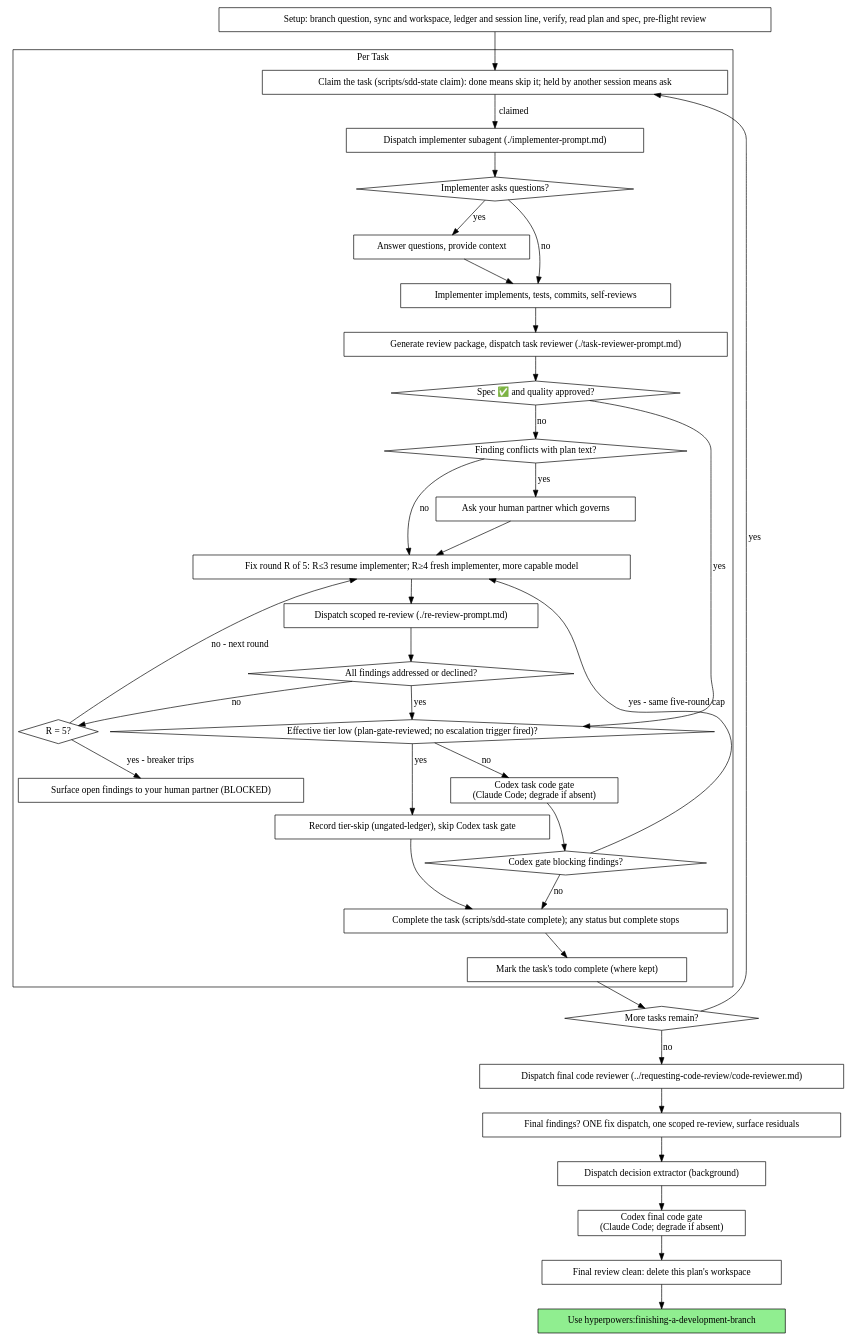
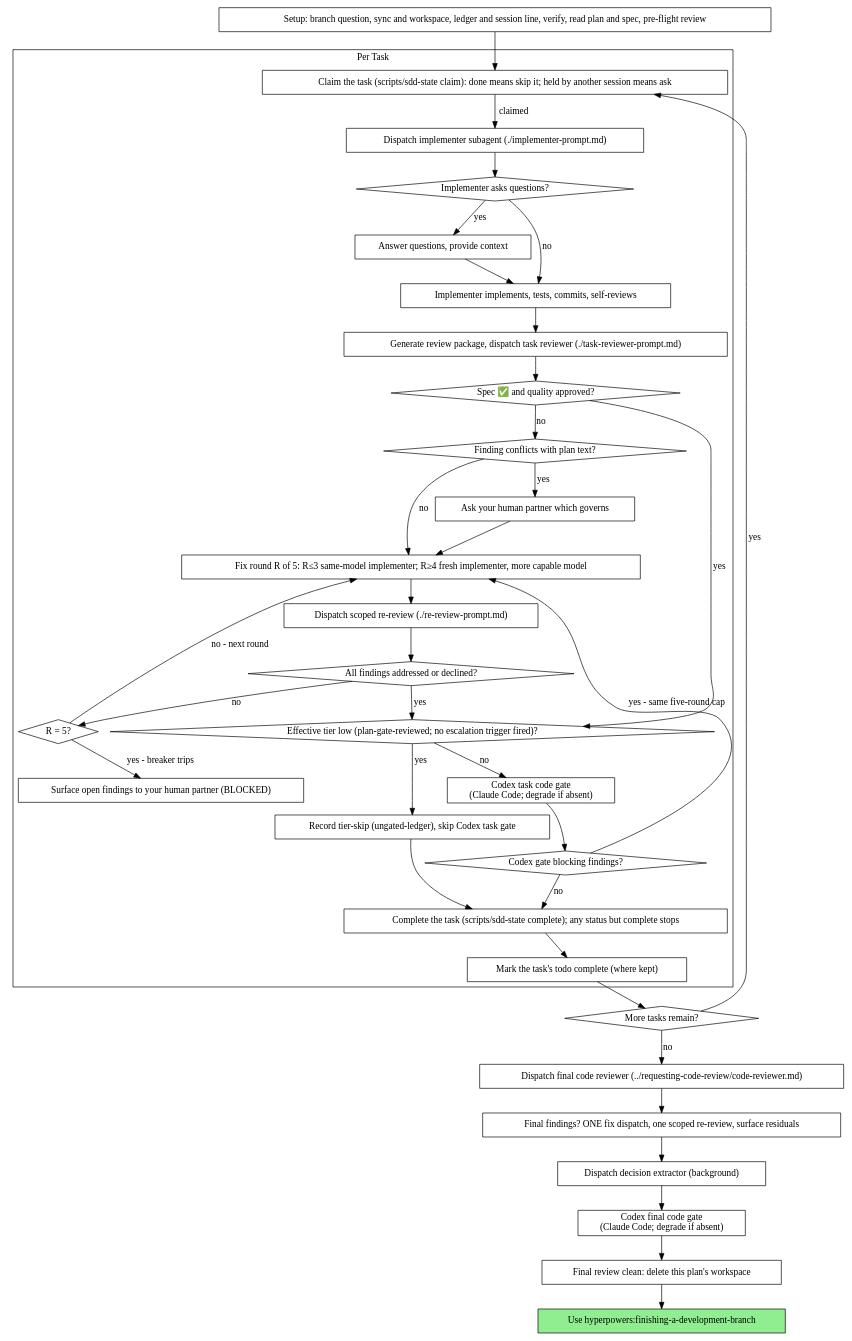
The second of 2 diagrams in skills/subagent-driven-development/SKILL.md (scott-arne/hyperpowers), drawn with Graphviz before and after one commit. The commit also changed other lines of this file and 5 other files, not shown here.

````diff
--- a/skills/subagent-driven-development/SKILL.md
+++ b/skills/subagent-driven-development/SKILL.md
@@ -51,73 +51,73 @@
 ```dot
 digraph process {
     rankdir=TB;
 
     subgraph cluster_per_task {
         label="Per Task";
         "Claim the task (scripts/sdd-state claim): done means skip it; held by another session means ask" [shape=box];
         "Dispatch implementer subagent (./implementer-prompt.md)" [shape=box];
         "Implementer asks questions?" [shape=diamond];
         "Answer questions, provide context" [shape=box];
         "Implementer implements, tests, commits, self-reviews" [shape=box];
         "Generate review package, dispatch task reviewer (./task-reviewer-prompt.md)" [shape=box];
         "Spec ✅ and quality approved?" [shape=diamond];
         "Finding conflicts with plan text?" [shape=diamond];
         "Ask your human partner which governs" [shape=box];
-        "Fix round R of 5: R≤3 resume implementer; R≥4 fresh implementer, more capable model" [shape=box];
+        "Fix round R of 5: R≤3 same-model implementer; R≥4 fresh implementer, more capable model" [shape=box];
         "Dispatch scoped re-review (./re-review-prompt.md)" [shape=box];
         "All findings addressed or declined?" [shape=diamond];
         "R = 5?" [shape=diamond];
         "Surface open findings to your human partner (BLOCKED)" [shape=box];
         "Effective tier low (plan-gate-reviewed; no escalation trigger fired)?" [shape=diamond];
         "Record tier-skip (ungated-ledger), skip Codex task gate" [shape=box];
         "Codex task code gate\n(Claude Code; degrade if absent)" [shape=box];
         "Codex gate blocking findings?" [shape=diamond];
         "Complete the task (scripts/sdd-state complete); any status but complete stops" [shape=box];
         "Mark the task's todo complete (where kept)" [shape=box];
     }
 
     "Setup: branch question, sync and workspace, ledger and session line, verify, read plan and spec, pre-flight review" [shape=box];
     "More tasks remain?" [shape=diamond];
     "Dispatch final code reviewer (../requesting-code-review/code-reviewer.md)" [shape=box];
     "Final findings? ONE fix dispatch, one scoped re-review, surface residuals" [shape=box];
     "Dispatch decision extractor (background)" [shape=box];
     "Codex final code gate\n(Claude Code; degrade if absent)" [shape=box];
     "Final review clean: delete this plan's workspace" [shape=box];
     "Use hyperpowers:finishing-a-development-branch" [shape=box style=filled fillcolor=lightgreen];
 
     "Setup: branch question, sync and workspace, ledger and session line, verify, read plan and spec, pre-flight review" -> "Claim the task (scripts/sdd-state claim): done means skip it; held by another session means ask";
     "Claim the task (scripts/sdd-state claim): done means skip it; held by another session means ask" -> "Dispatch implementer subagent (./implementer-prompt.md)" [label="claimed"];
     "Dispatch implementer subagent (./implementer-prompt.md)" -> "Implementer asks questions?";
     "Implementer asks questions?" -> "Answer questions, provide context" [label="yes"];
     "Answer questions, provide context" -> "Implementer implements, tests, commits, self-reviews";
     "Implementer asks questions?" -> "Implementer implements, tests, commits, self-reviews" [label="no"];
     "Implementer implements, tests, commits, self-reviews" -> "Generate review package, dispatch task reviewer (./task-reviewer-prompt.md)";
     "Generate review package, dispatch task reviewer (./task-reviewer-prompt.md)" -> "Spec ✅ and quality approved?";
     "Spec ✅ and quality approved?" -> "Effective tier low (plan-gate-reviewed; no escalation trigger fired)?" [label="yes"];
     "Spec ✅ and quality approved?" -> "Finding conflicts with plan text?" [label="no"];
     "Finding conflicts with plan text?" -> "Ask your human partner which governs" [label="yes"];
-    "Ask your human partner which governs" -> "Fix round R of 5: R≤3 resume implementer; R≥4 fresh implementer, more capable model";
-    "Finding conflicts with plan text?" -> "Fix round R of 5: R≤3 resume implementer; R≥4 fresh implementer, more capable model" [label="no"];
-    "Fix round R of 5: R≤3 resume implementer; R≥4 fresh implementer, more capable model" -> "Dispatch scoped re-review (./re-review-prompt.md)";
+    "Ask your human partner which governs" -> "Fix round R of 5: R≤3 same-model implementer; R≥4 fresh implementer, more capable model";
+    "Finding conflicts with plan text?" -> "Fix round R of 5: R≤3 same-model implementer; R≥4 fresh implementer, more capable model" [label="no"];
+    "Fix round R of 5: R≤3 same-model implementer; R≥4 fresh implementer, more capable model" -> "Dispatch scoped re-review (./re-review-prompt.md)";
     "Dispatch scoped re-review (./re-review-prompt.md)" -> "All findings addressed or declined?";
     "All findings addressed or declined?" -> "Effective tier low (plan-gate-reviewed; no escalation trigger fired)?" [label="yes"];
     "All findings addressed or declined?" -> "R = 5?" [label="no"];
-    "R = 5?" -> "Fix round R of 5: R≤3 resume implementer; R≥4 fresh implementer, more capable model" [label="no - next round"];
+    "R = 5?" -> "Fix round R of 5: R≤3 same-model implementer; R≥4 fresh implementer, more capable model" [label="no - next round"];
     "R = 5?" -> "Surface open findings to your human partner (BLOCKED)" [label="yes - breaker trips"];
     "Effective tier low (plan-gate-reviewed; no escalation trigger fired)?" -> "Record tier-skip (ungated-ledger), skip Codex task gate" [label="yes"];
     "Record tier-skip (ungated-ledger), skip Codex task gate" -> "Complete the task (scripts/sdd-state complete); any status but complete stops";
     "Effective tier low (plan-gate-reviewed; no escalation trigger fired)?" -> "Codex task code gate\n(Claude Code; degrade if absent)" [label="no"];
     "Codex task code gate\n(Claude Code; degrade if absent)" -> "Codex gate blocking findings?";
-    "Codex gate blocking findings?" -> "Fix round R of 5: R≤3 resume implementer; R≥4 fresh implementer, more capable model" [label="yes - same five-round cap"];
+    "Codex gate blocking findings?" -> "Fix round R of 5: R≤3 same-model implementer; R≥4 fresh implementer, more capable model" [label="yes - same five-round cap"];
     "Codex gate blocking findings?" -> "Complete the task (scripts/sdd-state complete); any status but complete stops" [label="no"];
     "Complete the task (scripts/sdd-state complete); any status but complete stops" -> "Mark the task's todo complete (where kept)";
     "Mark the task's todo complete (where kept)" -> "More tasks remain?";
     "More tasks remain?" -> "Claim the task (scripts/sdd-state claim): done means skip it; held by another session means ask" [label="yes"];
     "More tasks remain?" -> "Dispatch final code reviewer (../requesting-code-review/code-reviewer.md)" [label="no"];
     "Dispatch final code reviewer (../requesting-code-review/code-reviewer.md)" -> "Final findings? ONE fix dispatch, one scoped re-review, surface residuals";
     "Final findings? ONE fix dispatch, one scoped re-review, surface residuals" -> "Dispatch decision extractor (background)";
     "Dispatch decision extractor (background)" -> "Codex final code gate\n(Claude Code; degrade if absent)";
     "Codex final code gate\n(Claude Code; degrade if absent)" -> "Final review clean: delete this plan's workspace";
     "Final review clean: delete this plan's workspace" -> "Use hyperpowers:finishing-a-development-branch";
 }
 ```
````
